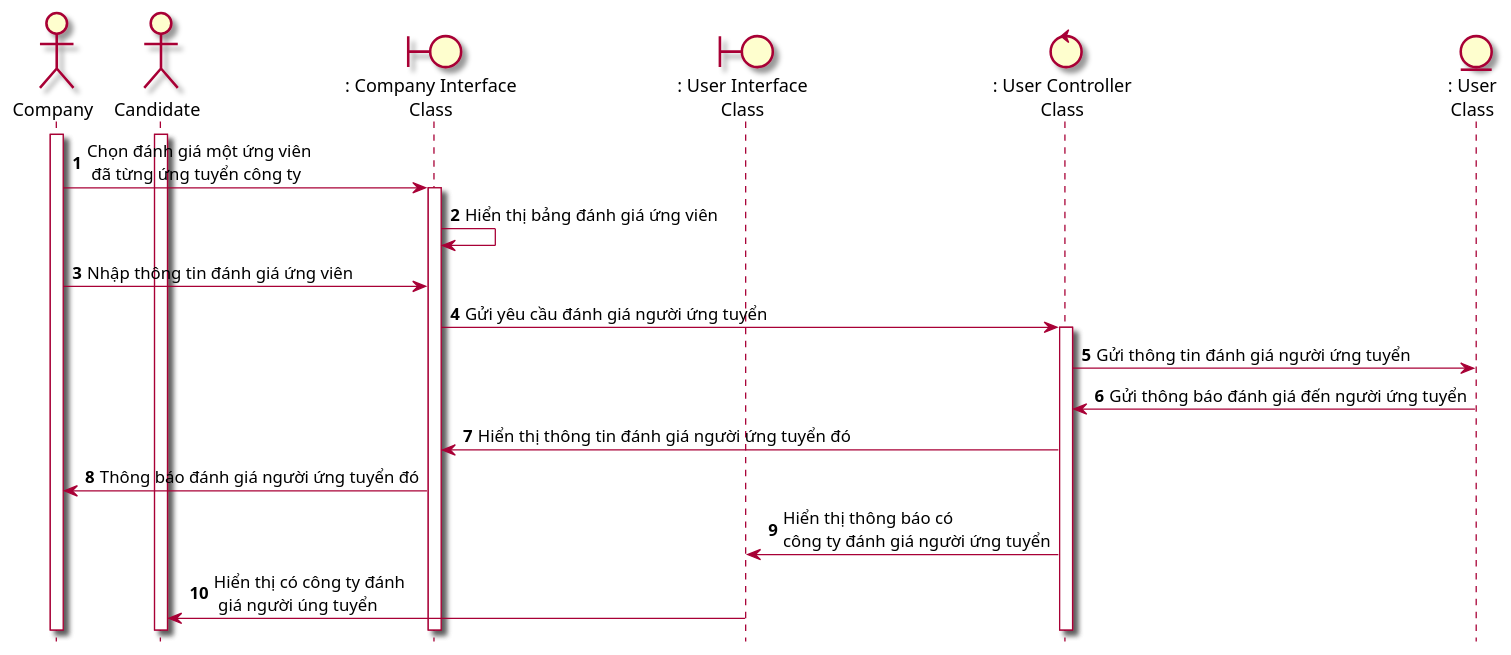
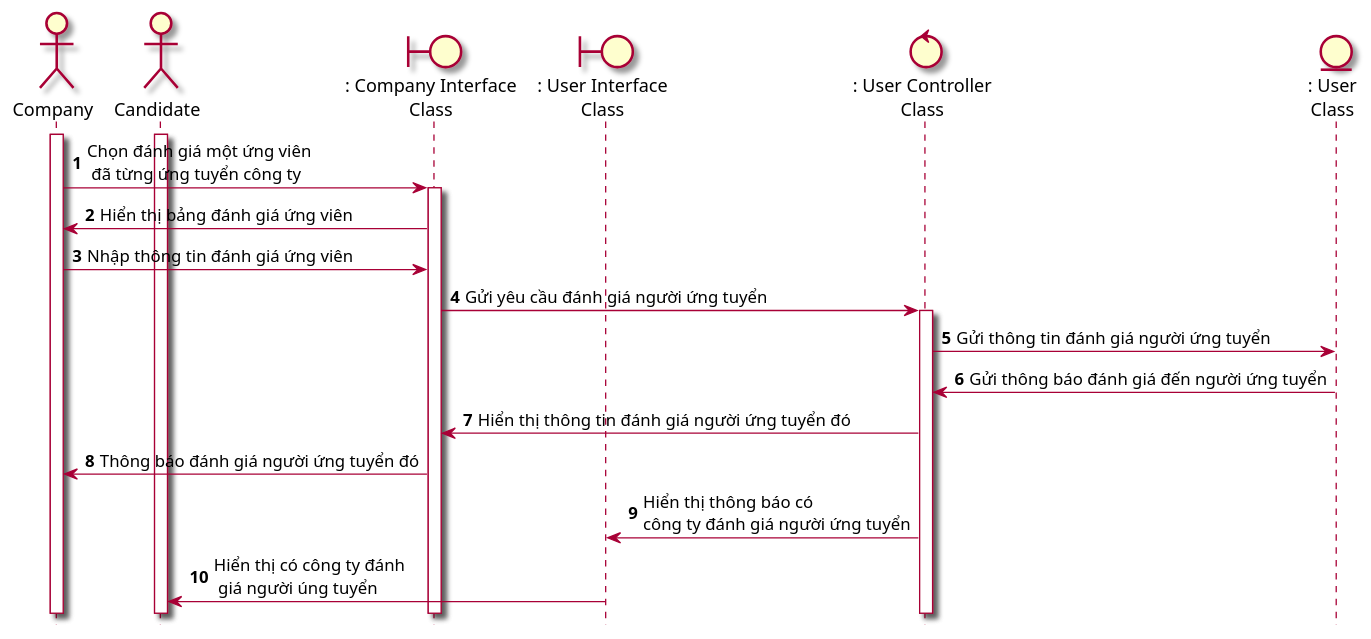
The diagram in Lab1/Lab 1.2 Diagram/Sequence/FilePUML/5.1 SeqDanhGiaNguoiUngTuyen.puml (Griselda4774/EAS-EmploymentAssistanceSystem), drawn with PlantUML before and after one commit. The commit also changed 12 other files, not shown here.

```diff
--- a/Lab1/Lab 1.2 Diagram/Sequence/FilePUML/5.1 SeqDanhGiaNguoiUngTuyen.puml
+++ b/Lab1/Lab 1.2 Diagram/Sequence/FilePUML/5.1 SeqDanhGiaNguoiUngTuyen.puml
@@ -1,23 +1,23 @@
 @startuml SeqDanhGiaCongTyTuyenDung
 skin rose 
 hide footbox
 autonumber
 actor company as "Company"
 actor candidate as "Candidate"
 boundary companyInterface as ": Company Interface\nClass"
 boundary candidateInterface as ": User Interface\nClass"
 control userController as ": User Controller\nClass"
 entity User as ": User\nClass"
 company++
 candidate++
 company->companyInterface++: Chọn đánh giá một ứng viên\n đã từng ứng tuyển công ty
-companyInterface->companyInterface: Hiển thị bảng đánh giá ứng viên
+companyInterface->company: Hiển thị bảng đánh giá ứng viên
 company-> companyInterface: Nhập thông tin đánh giá ứng viên
 companyInterface-> userController++: Gửi yêu cầu đánh giá người ứng tuyển
 userController-> User: Gửi thông tin đánh giá người ứng tuyển
 User ->  userController: Gửi thông báo đánh giá đến người ứng tuyển
 userController-> companyInterface: Hiển thị thông tin đánh giá người ứng tuyển đó
 companyInterface -> company: Thông báo đánh giá người ứng tuyển đó
 userController-> candidateInterface: Hiển thị thông báo có\ncông ty đánh giá người ứng tuyển
 candidateInterface->candidate:Hiển thị có công ty đánh\n giá người úng tuyển
 @enduml
```
